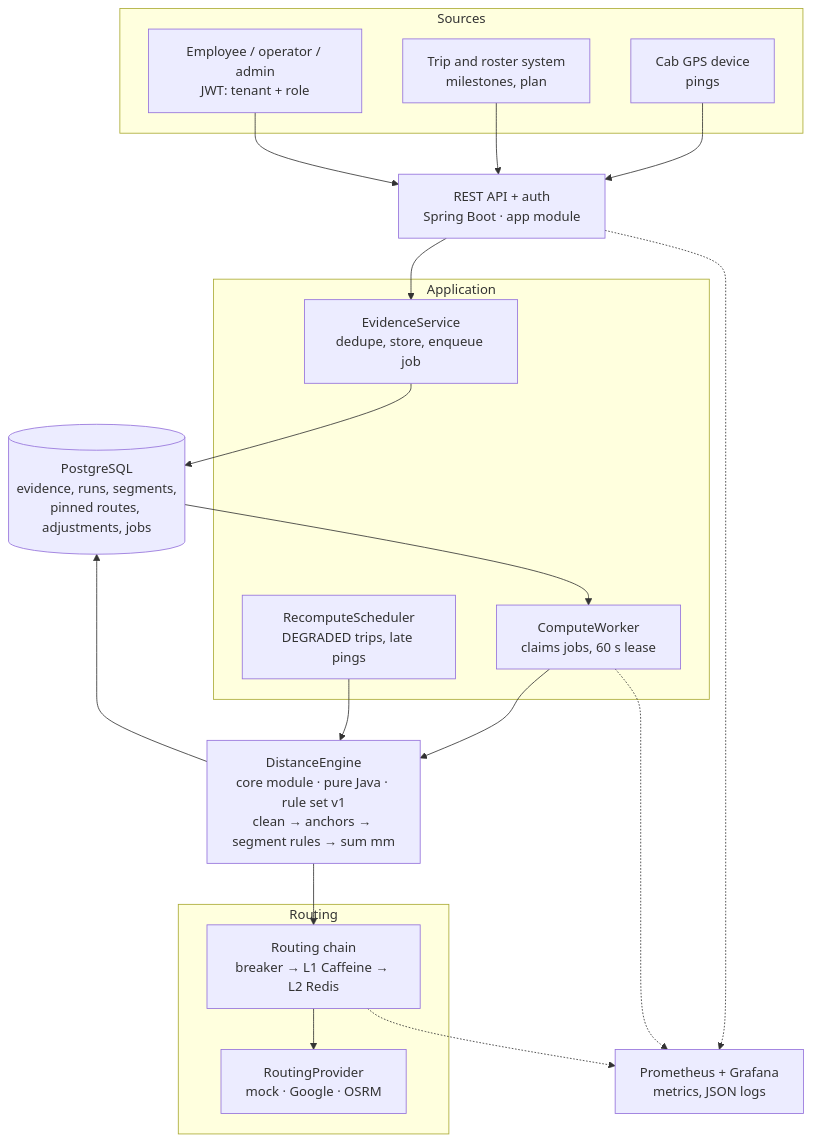
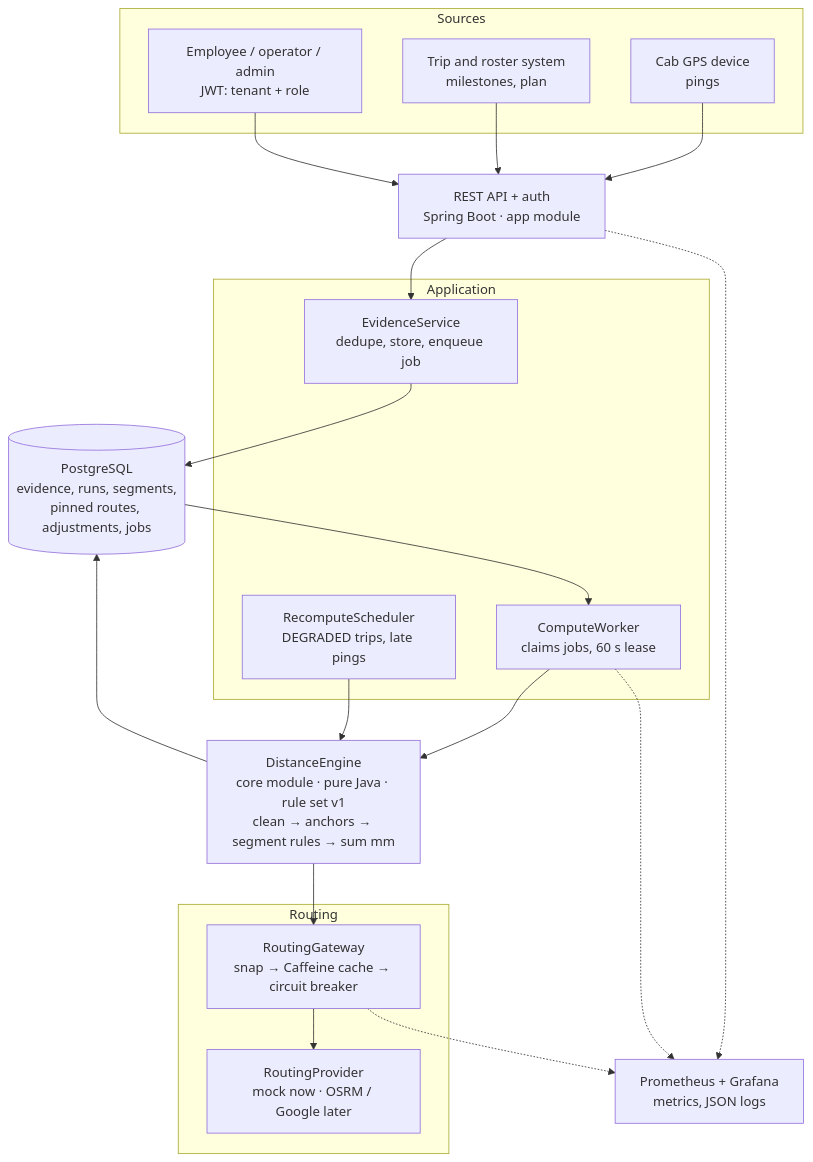
One commit to akshat-nawaria/trip-ledger changed the first of 5 diagrams in docs/DESIGN.md. Above: the diagram before and after it, drawn with Mermaid. The commit also changed other lines of this file and 5 other files, not shown here.

````diff
--- a/docs/DESIGN.md
+++ b/docs/DESIGN.md
@@ -17,41 +17,41 @@
 ```mermaid
 flowchart TB
     subgraph Sources
         DEV["Cab GPS device<br/>pings"]
         TRS["Trip and roster system<br/>milestones, plan"]
         USR["Employee / operator / admin<br/>JWT: tenant + role"]
     end
 
     API["REST API + auth<br/>Spring Boot · app module"]
 
     subgraph Application
         EVS["EvidenceService<br/>dedupe, store, enqueue job"]
         WRK["ComputeWorker<br/>claims jobs, 60 s lease"]
         RSC["RecomputeScheduler<br/>DEGRADED trips, late pings"]
     end
 
     ENG["DistanceEngine<br/>core module · pure Java · rule set v1<br/>clean → anchors → segment rules → sum mm"]
 
     subgraph Routing
-        RCH["Routing chain<br/>breaker → L1 Caffeine → L2 Redis"]
-        PRV["RoutingProvider<br/>mock · Google · OSRM"]
+        RCH["RoutingGateway<br/>snap → Caffeine cache → circuit breaker"]
+        PRV["RoutingProvider<br/>mock now · OSRM / Google later"]
     end
 
     DB[("PostgreSQL<br/>evidence, runs, segments,<br/>pinned routes, adjustments, jobs")]
     OBS["Prometheus + Grafana<br/>metrics, JSON logs"]
 
     DEV --> API
     TRS --> API
     USR --> API
     API --> EVS
     EVS --> DB
     DB --> WRK
     WRK --> ENG
     RSC --> ENG
     ENG --> RCH
     RCH --> PRV
     ENG --> DB
     API -.-> OBS
     WRK -.-> OBS
     RCH -.-> OBS
 ```
````
